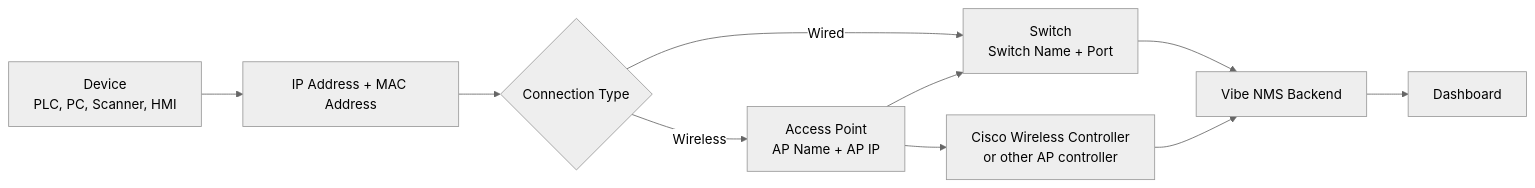
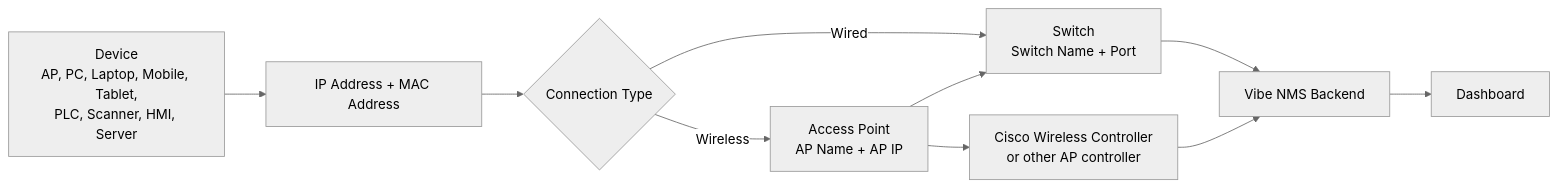
The diagram in docs/easy-device-network-model.md (HenryHitak/vibe-nms), drawn with Mermaid (neutral theme) before and after one commit. The commit also changed other lines of this file and 6 other files, not shown here.

````diff
--- a/docs/easy-device-network-model.md
+++ b/docs/easy-device-network-model.md
@@ -14,12 +14,12 @@
 ```mermaid
 flowchart LR
-    Device["Device<br/>PLC, PC, Scanner, HMI"] --> Identity["IP Address + MAC Address"]
+    Device["Device<br/>AP, PC, Laptop, Mobile, Tablet,<br/>PLC, Scanner, HMI, Server"] --> Identity["IP Address + MAC Address"]
     Identity --> Wired{"Connection Type"}
     Wired -- "Wired" --> Switch["Switch<br/>Switch Name + Port"]
     Wired -- "Wireless" --> AP["Access Point<br/>AP Name + AP IP"]
     AP --> Switch
     AP --> Controller["Cisco Wireless Controller<br/>or other AP controller"]
     Controller --> Backend["Vibe NMS Backend"]
     Switch --> Backend
     Backend --> Dashboard["Dashboard"]
 ```
````
